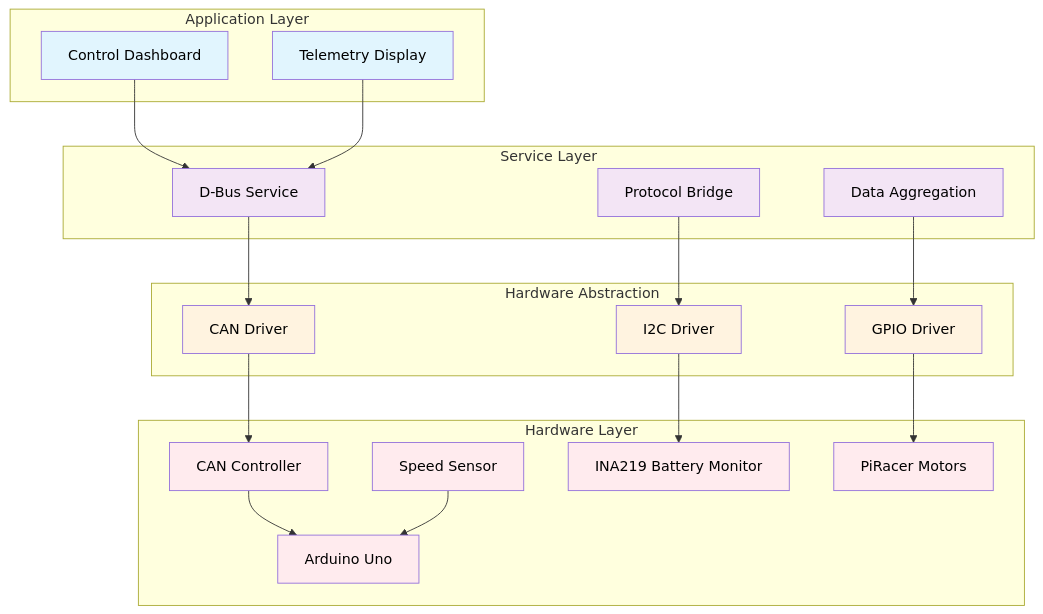
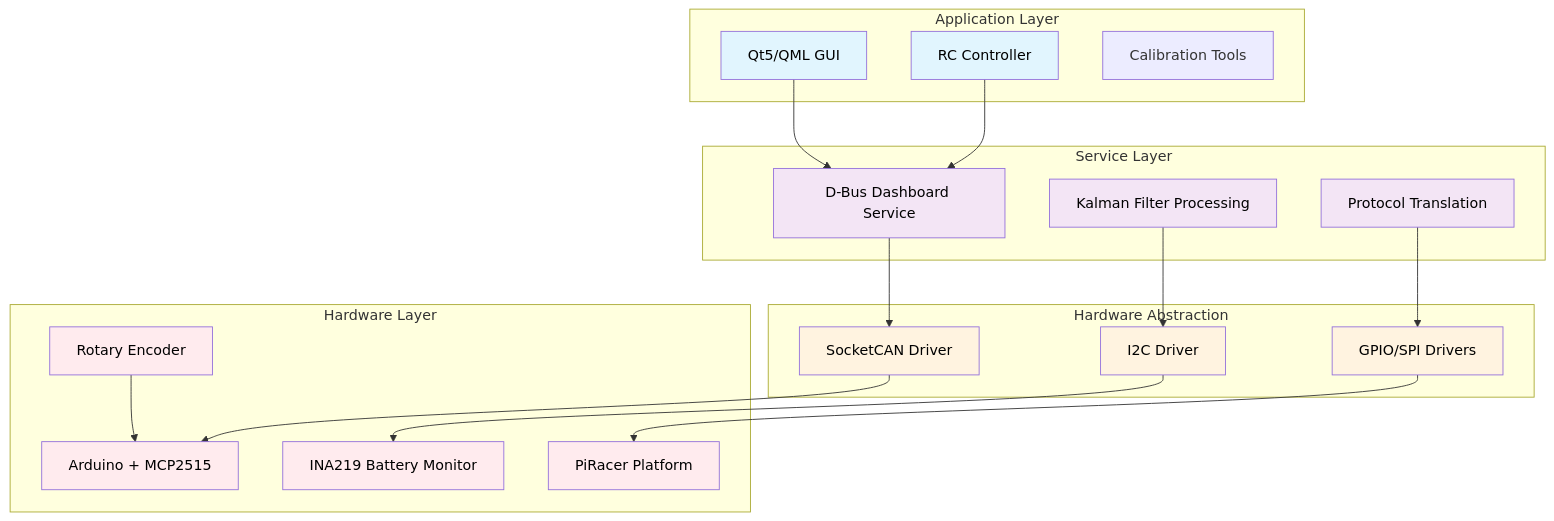
The eighth of 8 diagrams in README.md (saicharansathyam/Instrument-Cluster), drawn with Mermaid before and after one commit. The commit also changed other lines of this file, not shown here.

````diff
--- a/README.md
+++ b/README.md
@@ -158,52 +371,50 @@
 ```mermaid
 graph TB
     subgraph "Application Layer"
-        A1[Control Dashboard]
-        A2[Telemetry Display]
+        A1[Qt5/QML GUI]
+        A2[RC Controller]
+        A3[Calibration Tools]
     end
     
     subgraph "Service Layer"
-        B1[D-Bus Service]
-        B2[Protocol Bridge]
-        B3[Data Aggregation]
+        B1[D-Bus Dashboard Service]
+        B2[Kalman Filter Processing]
+        B3[Protocol Translation]
     end
     
     subgraph "Hardware Abstraction"
-        C1[CAN Driver]
+        C1[SocketCAN Driver]
         C2[I2C Driver]
-        C3[GPIO Driver]
+        C3[GPIO/SPI Drivers]
     end
     
     subgraph "Hardware Layer"
-        D1[Arduino Uno]
-        D2[CAN Controller]
-        D3[Speed Sensor]
-        D4[INA219 Battery Monitor]
-        D5[PiRacer Motors]
+        D1[Arduino + MCP2515]
+        D2[Rotary Encoder]
+        D3[INA219 Battery Monitor]
+        D4[PiRacer Platform]
     end
     
     A1 --> B1
     A2 --> B1
     B1 --> C1
     B2 --> C2
     B3 --> C3
-    C1 --> D2
-    C2 --> D4
-    C3 --> D5
+    C1 --> D1
+    C2 --> D3
+    C3 --> D4
     D2 --> D1
-    D3 --> D1
     
     style A1 fill:#e1f5fe,color:#000
     style A2 fill:#e1f5fe,color:#000
     style B1 fill:#f3e5f5,color:#000
     style B2 fill:#f3e5f5,color:#000
     style B3 fill:#f3e5f5,color:#000
     style C1 fill:#fff3e0,color:#000
     style C2 fill:#fff3e0,color:#000
     style C3 fill:#fff3e0,color:#000
     style D1 fill:#ffebee,color:#000
     style D2 fill:#ffebee,color:#000
     style D3 fill:#ffebee,color:#000
     style D4 fill:#ffebee,color:#000
-    style D5 fill:#ffebee,color:#000
 ```
````
